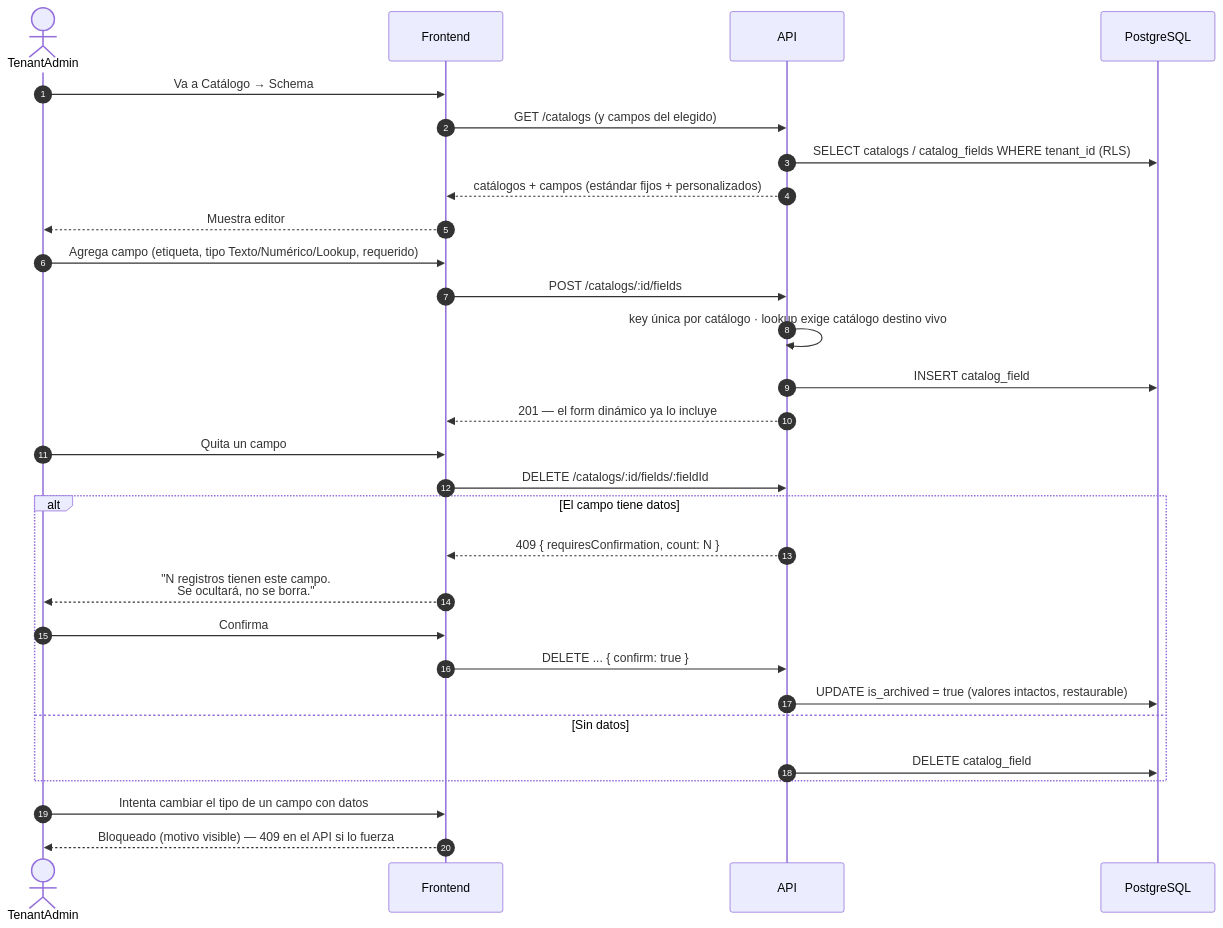
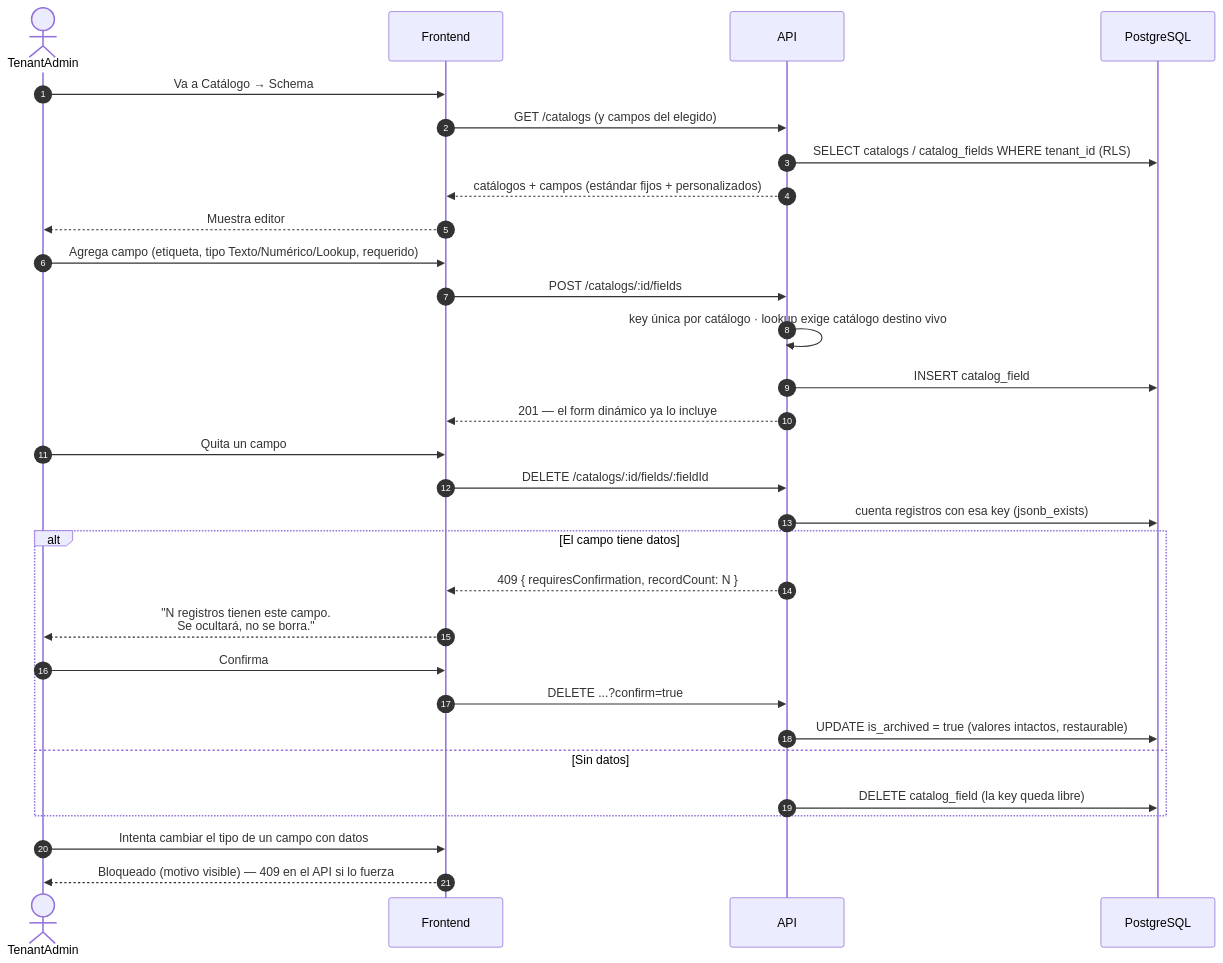
The fourth of 12 diagrams in FLUJOS.md (carloshlm/sellpoint), drawn with Mermaid before and after one commit. The commit also changed 14 other files, not shown here.

First line of the commit message:
feat(api): campos con guardas, validador y registros con lookups (F2-CAT-03..06)

````diff
--- a/FLUJOS.md
+++ b/FLUJOS.md
@@ -134,35 +134,36 @@
 ```mermaid
 sequenceDiagram
     autonumber
     actor A as TenantAdmin
     participant F as Frontend
     participant API as API
     participant DB as PostgreSQL
 
     A->>F: Va a Catálogo → Schema
     F->>API: GET /catalogs (y campos del elegido)
     API->>DB: SELECT catalogs / catalog_fields WHERE tenant_id (RLS)
     API-->>F: catálogos + campos (estándar fijos + personalizados)
     F-->>A: Muestra editor
 
     A->>F: Agrega campo (etiqueta, tipo Texto/Numérico/Lookup, requerido)
     F->>API: POST /catalogs/:id/fields
     API->>API: key única por catálogo · lookup exige catálogo destino vivo
     API->>DB: INSERT catalog_field
     API-->>F: 201 — el form dinámico ya lo incluye
 
     A->>F: Quita un campo
     F->>API: DELETE /catalogs/:id/fields/:fieldId
+    API->>DB: cuenta registros con esa key (jsonb_exists)
     alt El campo tiene datos
-        API-->>F: 409 { requiresConfirmation, count: N }
+        API-->>F: 409 { requiresConfirmation, recordCount: N }
         F-->>A: "N registros tienen este campo.<br/>Se ocultará, no se borra."
         A->>F: Confirma
-        F->>API: DELETE ... { confirm: true }
+        F->>API: DELETE ...?confirm=true
         API->>DB: UPDATE is_archived = true (valores intactos, restaurable)
     else Sin datos
-        API->>DB: DELETE catalog_field
+        API->>DB: DELETE catalog_field (la key queda libre)
     end
 
     A->>F: Intenta cambiar el tipo de un campo con datos
     F-->>A: Bloqueado (motivo visible) — 409 en el API si lo fuerza
 ```
````
